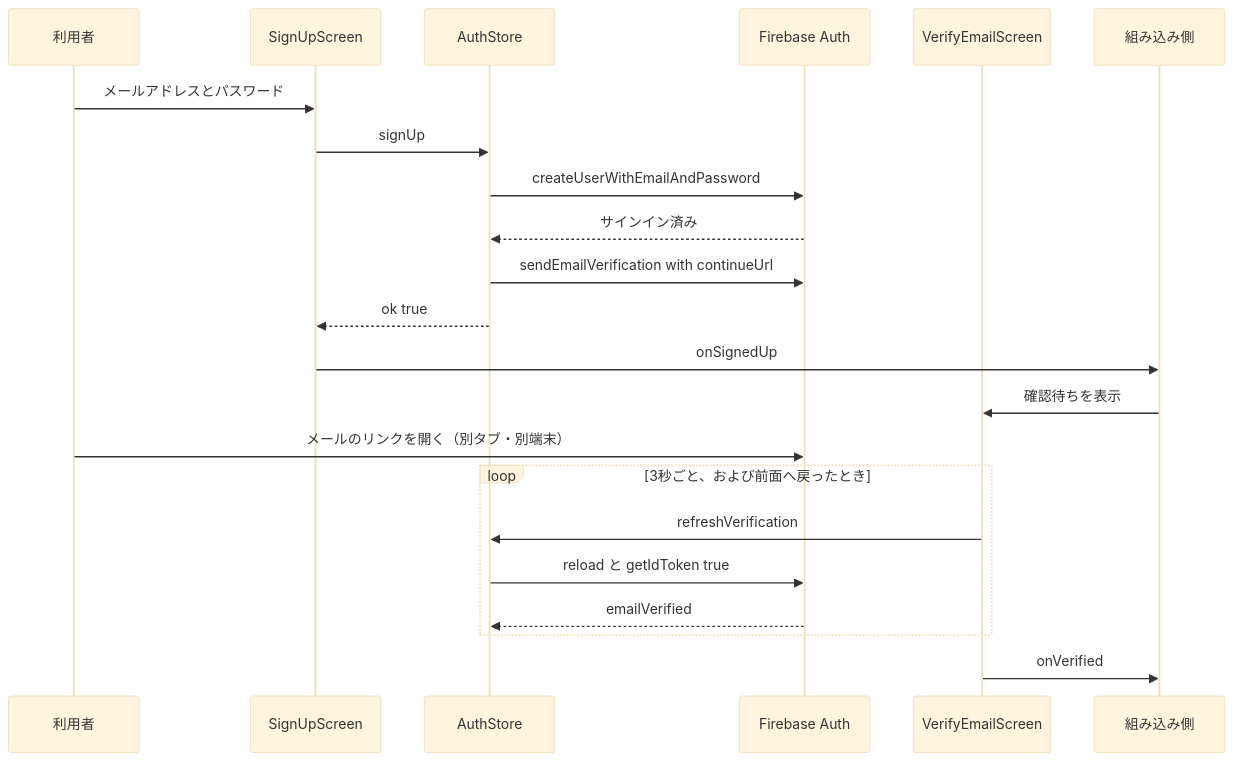
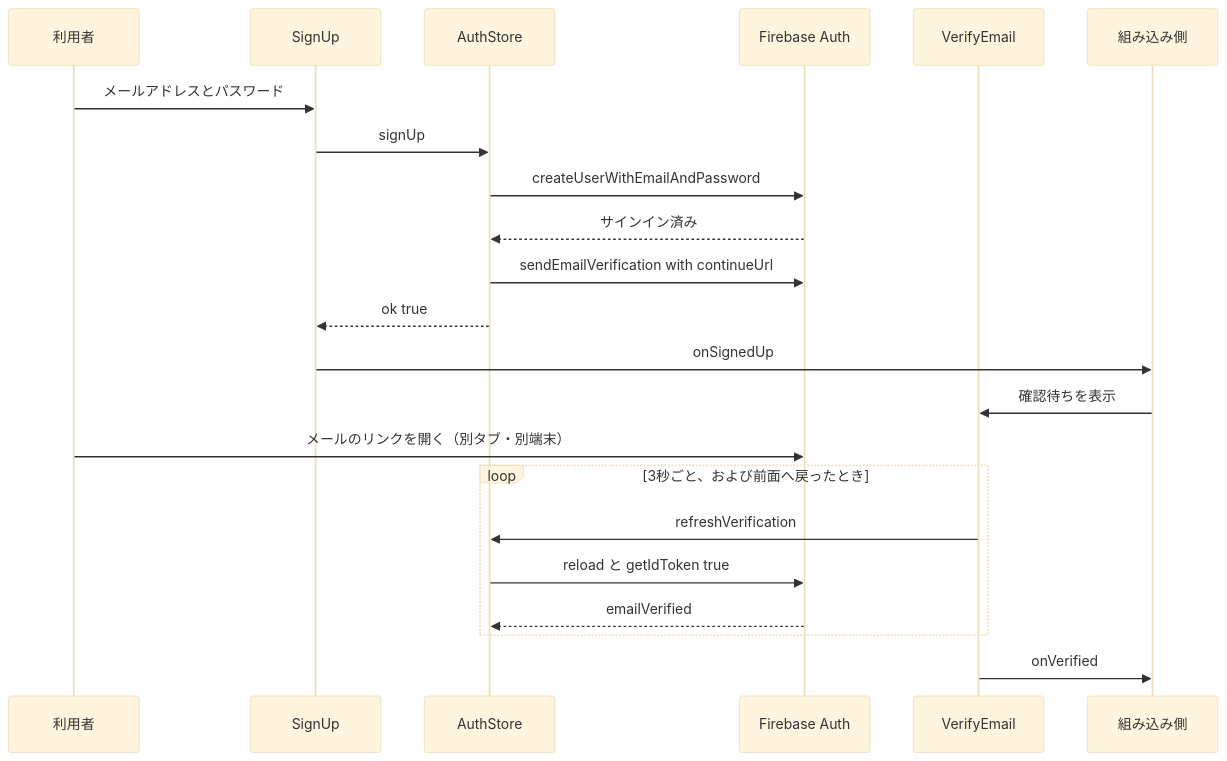
The second of 4 diagrams in .kiro/specs/auth-store-and-screens/design.md (iyodatakashi/svelte-firebase-auth), drawn with Mermaid (base theme) before and after one commit. The commit also changed other lines of this file and 19 other files, not shown here.

````diff
--- a/.kiro/specs/auth-store-and-screens/design.md
+++ b/.kiro/specs/auth-store-and-screens/design.md
@@ -175,25 +175,25 @@
 ```mermaid
 sequenceDiagram
     participant User as 利用者
-    participant SignUp as SignUpScreen
+    participant SignUp as SignUp
     participant Store as AuthStore
     participant FB as Firebase Auth
-    participant Verify as VerifyEmailScreen
+    participant Verify as VerifyEmail
     participant Host as 組み込み側
 
     User->>SignUp: メールアドレスとパスワード
     SignUp->>Store: signUp
     Store->>FB: createUserWithEmailAndPassword
     FB-->>Store: サインイン済み
     Store->>FB: sendEmailVerification with continueUrl
     Store-->>SignUp: ok true
     SignUp->>Host: onSignedUp
     Host->>Verify: 確認待ちを表示
     User->>FB: メールのリンクを開く（別タブ・別端末）
     loop 3秒ごと、および前面へ戻ったとき
         Verify->>Store: refreshVerification
         Store->>FB: reload と getIdToken true
         FB-->>Store: emailVerified
     end
     Verify->>Host: onVerified
 ```
````
